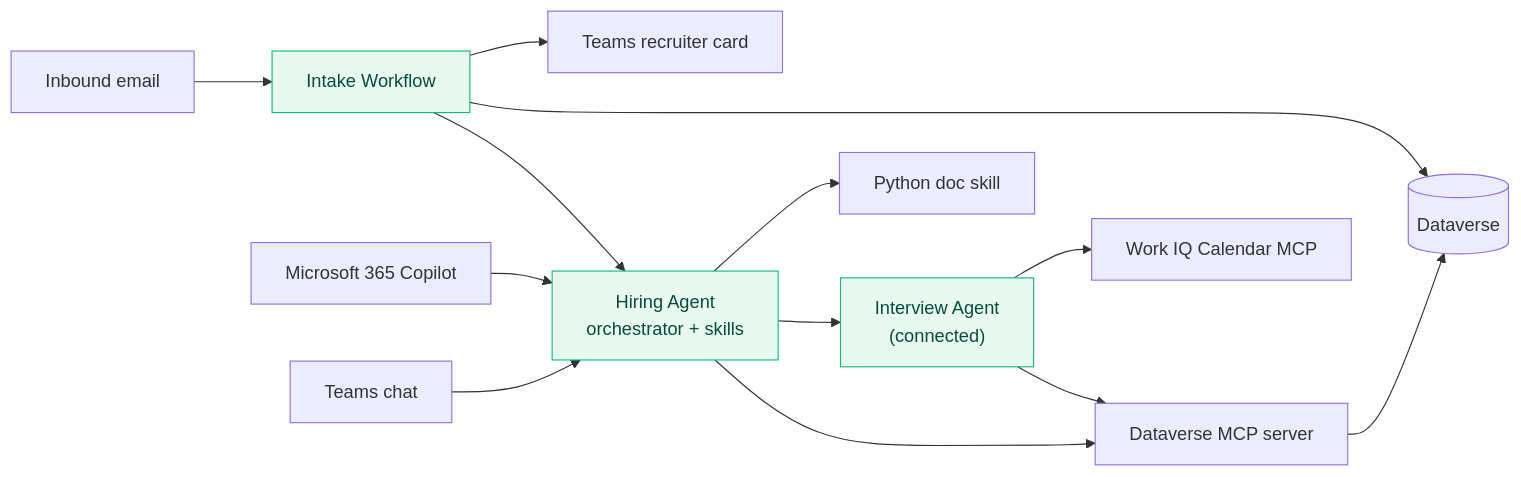
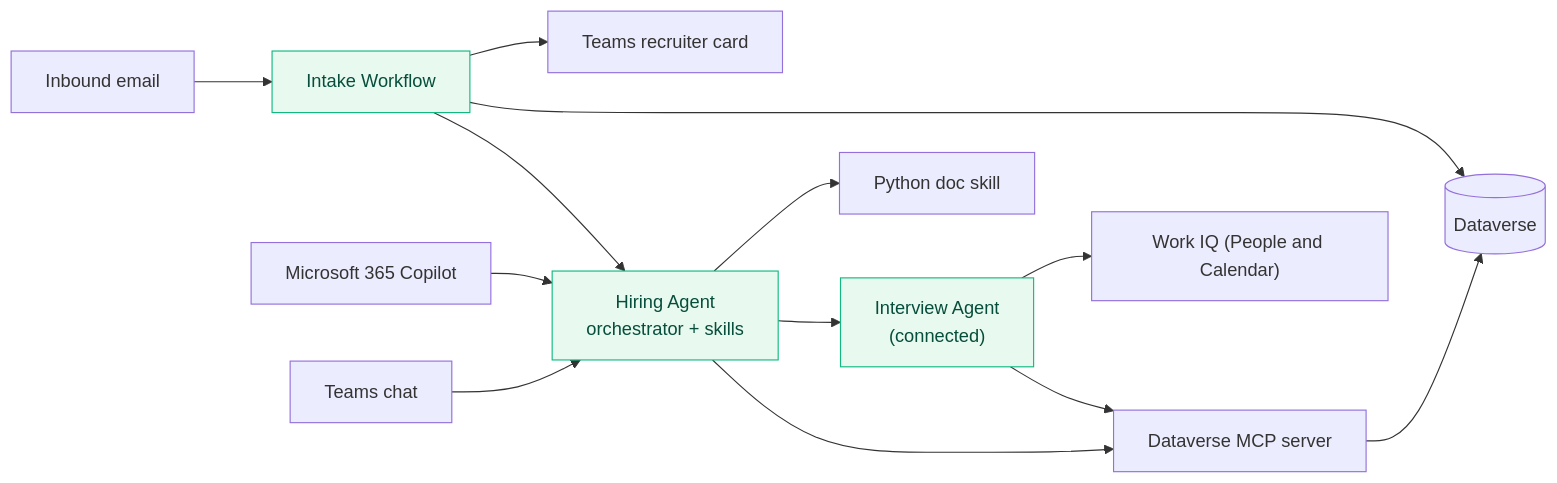
The diagram in docs/operative-nextgen/11-publish-and-monitor/index.md (microsoft/agent-academy), drawn with Mermaid before and after one commit. The commit also changed other lines of this file and 116 other files, not shown here.

````diff
--- a/docs/operative-nextgen/11-publish-and-monitor/index.md
+++ b/docs/operative-nextgen/11-publish-and-monitor/index.md
@@ -44,22 +44,22 @@
 ```mermaid
 ---
 config:
    flowchart:
    useMaxWidth: true
 ---
 flowchart LR
    MAIL["Inbound email"] --> WF["Intake Workflow"]
    WF --> HA
    M365["Microsoft 365 Copilot"] --> HA
    TeamsChat["Teams chat"] --> HA
   HA["Hiring Agent<br/>orchestrator + skills"] --> MCP["Dataverse MCP server"]
   HA --> IA["Interview Agent<br/>(connected)"]
   HA --> DOC["Python doc skill"]
   IA --> MCP
-  IA --> CAL["Work IQ Calendar MCP"]
+  IA --> CAL["Work IQ (People and Calendar)"]
   MCP --> DV[("Dataverse")]
    WF --> DV
     WF --> TeamsCard["Teams recruiter card"]
   classDef a fill:#e8f9ef,stroke:#10b981,color:#064e3b
   class HA,IA,WF a
 ```
````
